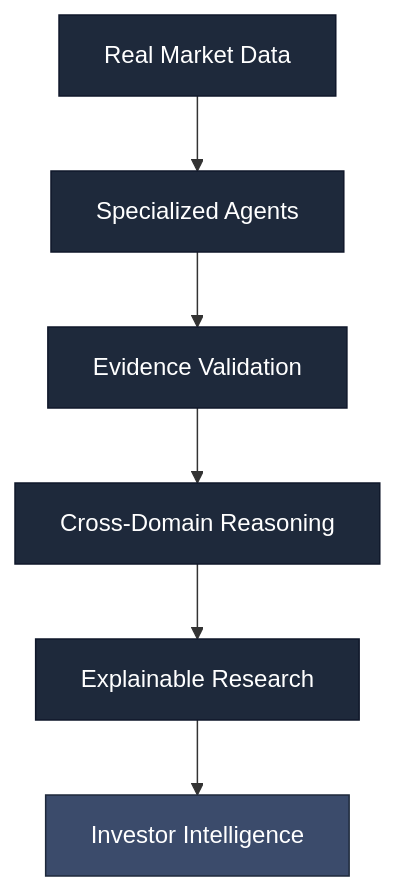
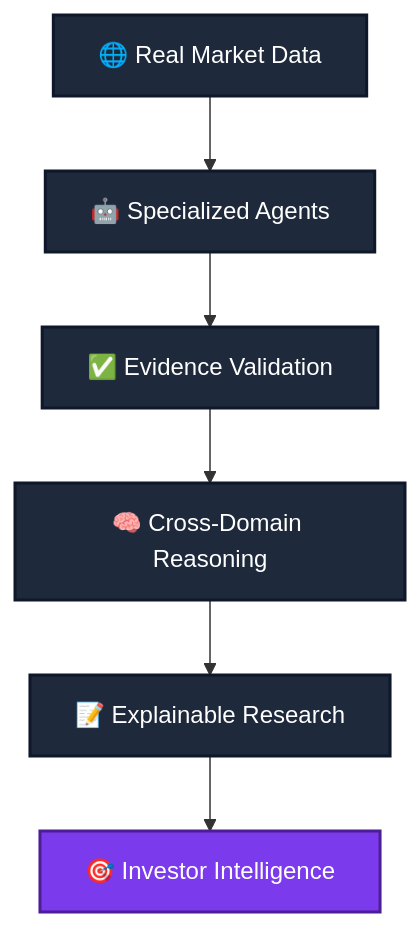
Before and after one commit to bbhavya34/StockLens: the first of 7 diagrams in README.md, drawn with Mermaid. The commit also changed other lines of this file, not shown here.

````diff
--- a/README.md
+++ b/README.md
@@ -72,14 +96,14 @@
 ```mermaid
 flowchart TB
-    A[Real Market Data] --> B[Specialized Agents]
-    B --> C[Evidence Validation]
-    C --> D[Cross-Domain Reasoning]
-    D --> E[Explainable Research]
-    E --> F[Investor Intelligence]
+    A[🌐 Real Market Data] --> B[🤖 Specialized Agents]
+    B --> C[✅ Evidence Validation]
+    C --> D[🧠 Cross-Domain Reasoning]
+    D --> E[📝 Explainable Research]
+    E --> F[🎯 Investor Intelligence]
 
-    classDef step fill:#1E293B,stroke:#0F172A,color:#fff
-    classDef final fill:#3B4B6B,stroke:#1E293B,color:#fff
+    classDef step fill:#1E293B,stroke:#0F172A,color:#fff,stroke-width:2px
+    classDef final fill:#7C3AED,stroke:#4C1D95,color:#fff,stroke-width:2px
 
     class A,B,C,D,E step
     class F final
 ```
````
